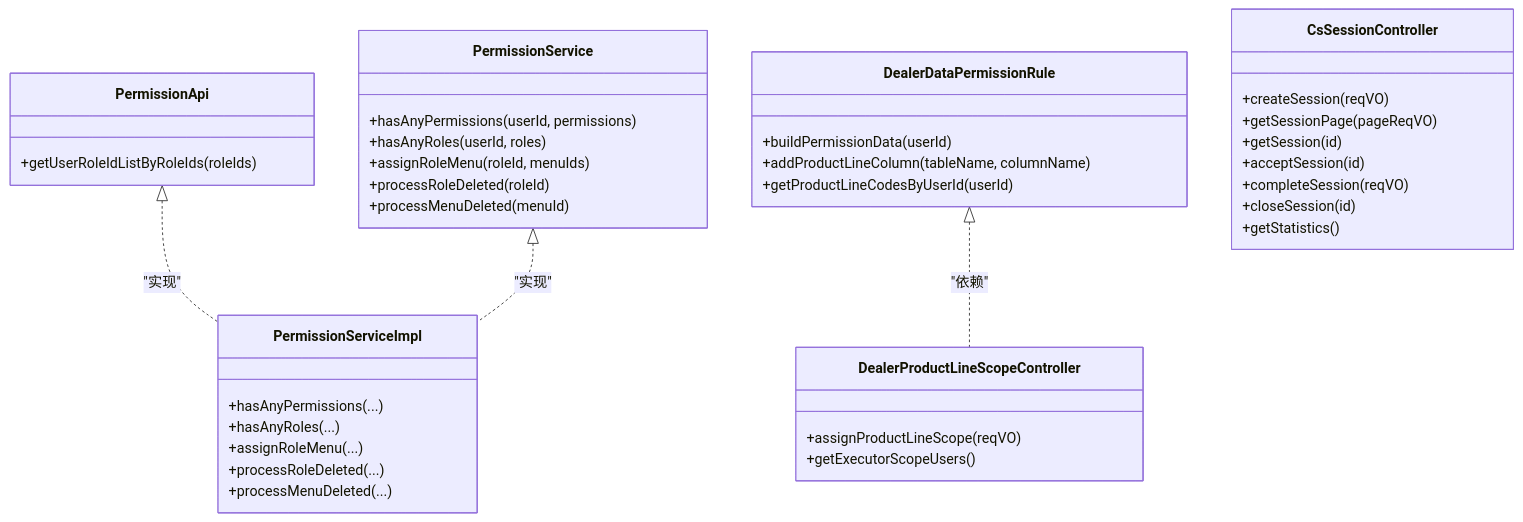
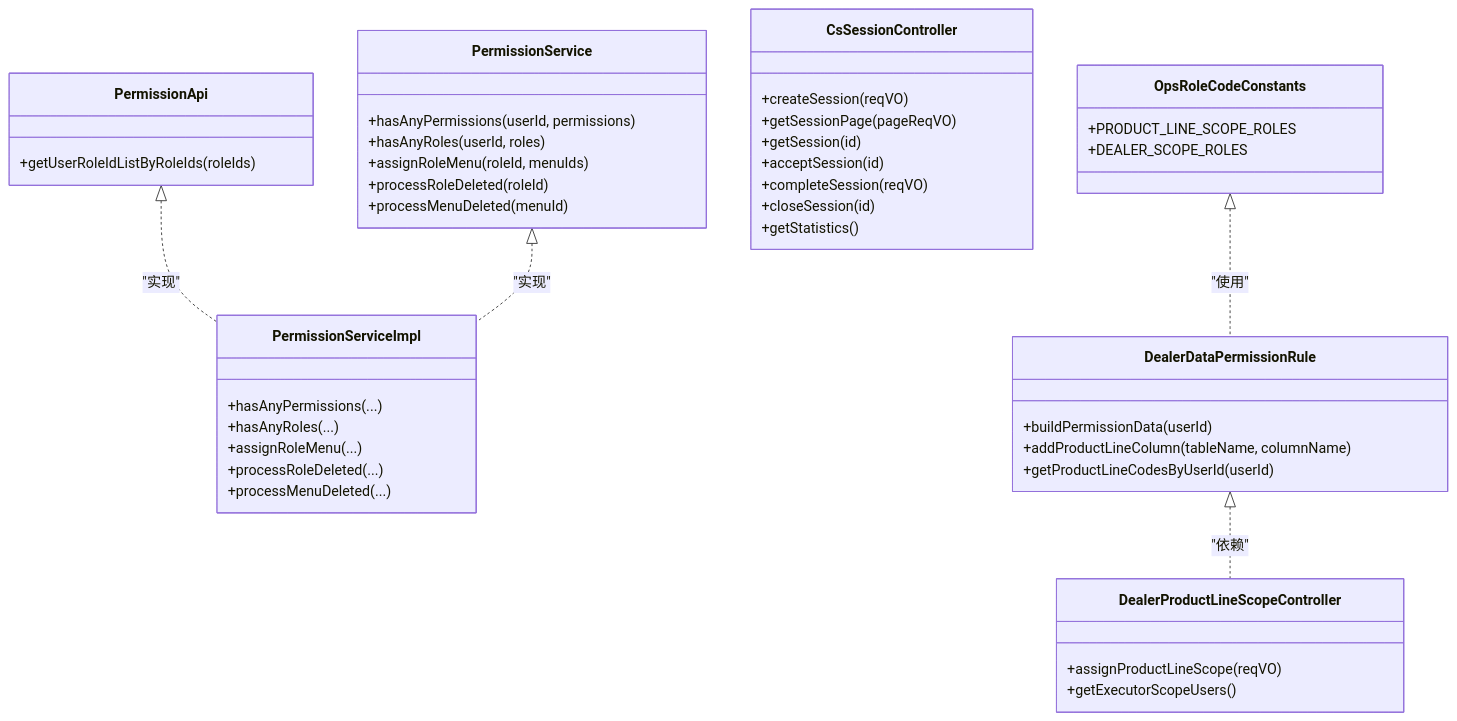
Before and after one commit to xiaoche80s-tech/rouyi-vue-pro: the third of 6 diagrams in .qoder/repowiki/zh/content/核心模块/系统管理模块/角色权限.md, drawn with Mermaid. The commit also changed other lines of this file and 621 other files, not shown here.

````diff
--- a/.qoder/repowiki/zh/content/核心模块/系统管理模块/角色权限.md
+++ b/.qoder/repowiki/zh/content/核心模块/系统管理模块/角色权限.md
@@ -186,41 +196,46 @@
 ```mermaid
 classDiagram
 class PermissionService {
 +hasAnyPermissions(userId, permissions)
 +hasAnyRoles(userId, roles)
 +assignRoleMenu(roleId, menuIds)
 +processRoleDeleted(roleId)
 +processMenuDeleted(menuId)
 }
 class PermissionApi {
 +getUserRoleIdListByRoleIds(roleIds)
 }
 class PermissionServiceImpl {
 +hasAnyPermissions(...)
 +hasAnyRoles(...)
 +assignRoleMenu(...)
 +processRoleDeleted(...)
 +processMenuDeleted(...)
 }
 class DealerDataPermissionRule {
 +buildPermissionData(userId)
 +addProductLineColumn(tableName, columnName)
 +getProductLineCodesByUserId(userId)
 }
 class DealerProductLineScopeController {
 +assignProductLineScope(reqVO)
 +getExecutorScopeUsers()
 }
 class CsSessionController {
 +createSession(reqVO)
 +getSessionPage(pageReqVO)
 +getSession(id)
 +acceptSession(id)
 +completeSession(reqVO)
 +closeSession(id)
 +getStatistics()
 }
+class OpsRoleCodeConstants {
++PRODUCT_LINE_SCOPE_ROLES
++DEALER_SCOPE_ROLES
+}
 PermissionApi <|.. PermissionServiceImpl : "实现"
 PermissionService <|.. PermissionServiceImpl : "实现"
 DealerDataPermissionRule <|.. DealerProductLineScopeController : "依赖"
+OpsRoleCodeConstants <|.. DealerDataPermissionRule : "使用"
 ```
````
